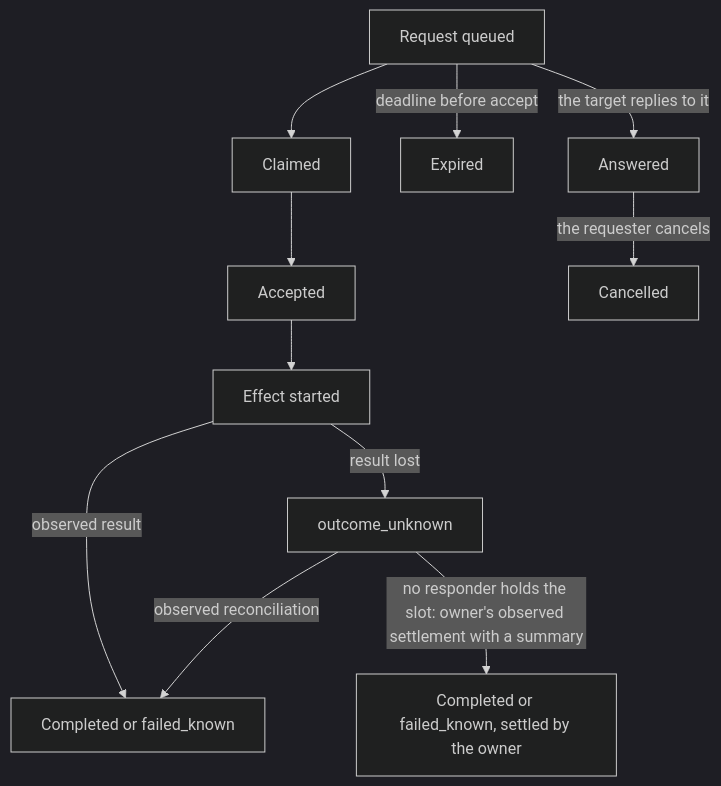
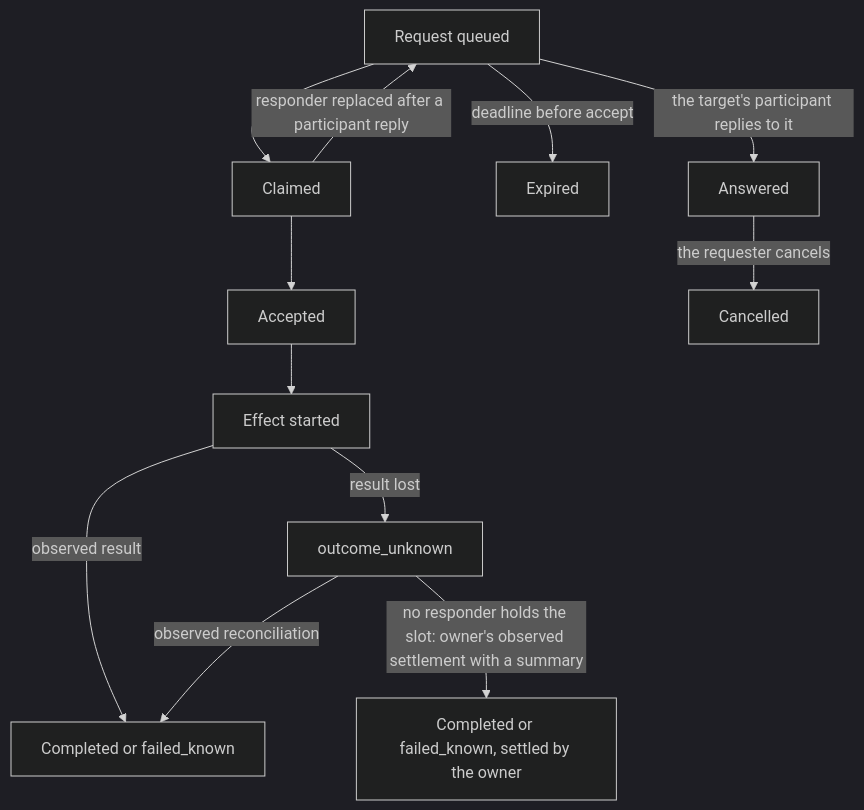
Diagram 16 of 21 in docs/ux/flows.md (passioncode-ai/fabric-agent-contract), drawn with Mermaid (dark theme) before and after one commit. The commit also changed other lines of this file and 13 other files, not shown here.

````diff
--- a/docs/ux/flows.md
+++ b/docs/ux/flows.md
@@ -397,13 +397,14 @@
 ```mermaid
 flowchart TD
   Q[Request queued] --> C[Claimed]
   C --> A[Accepted]
   A --> E[Effect started]
   E -->|observed result| D[Completed or failed_known]
   E -->|result lost| U[outcome_unknown]
   U -->|observed reconciliation| D
   U -->|no responder holds the slot: owner's observed settlement with a summary| O[Completed or failed_known, settled by the owner]
   Q -->|deadline before accept| X[Expired]
-  Q -->|the target replies to it| N[Answered]
+  Q -->|the target's participant replies to it| N[Answered]
+  C -->|responder replaced after a participant reply| Q
   N -->|the requester cancels| K[Cancelled]
 ```
````
